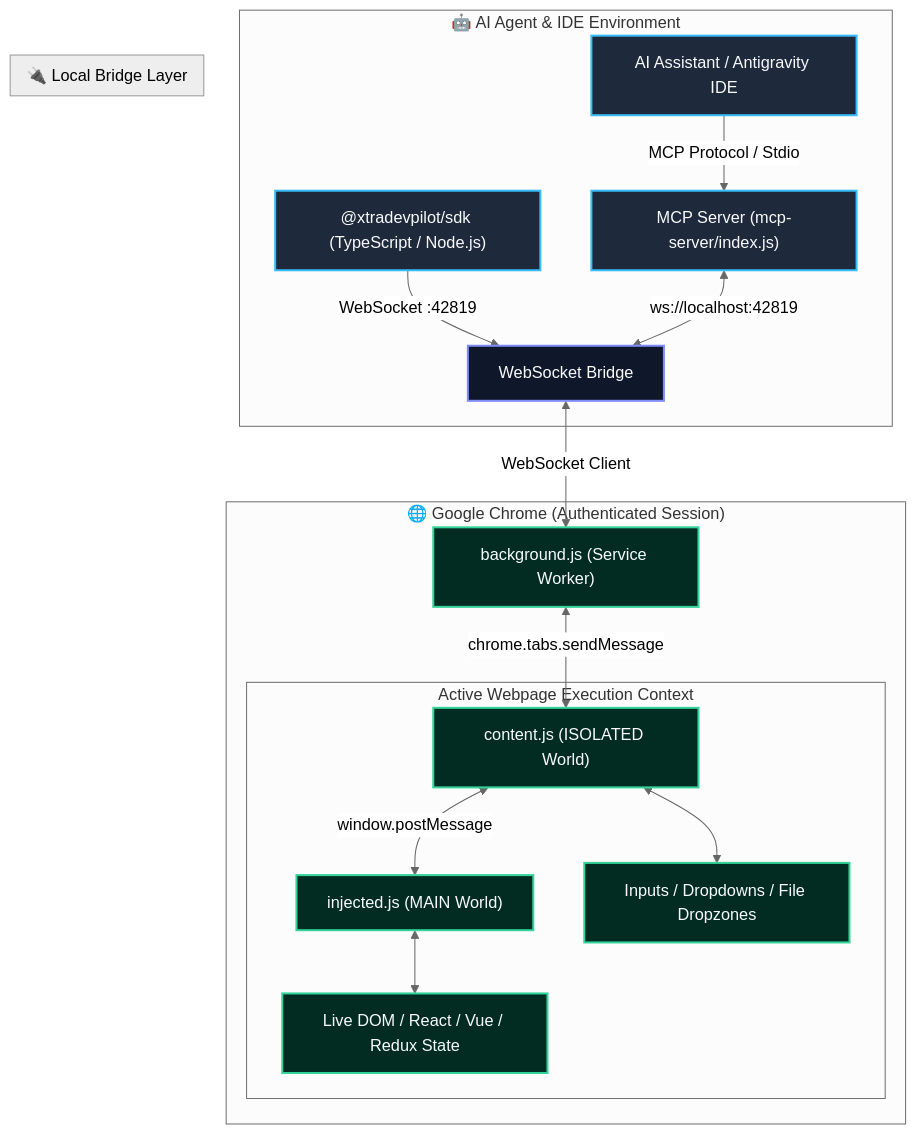
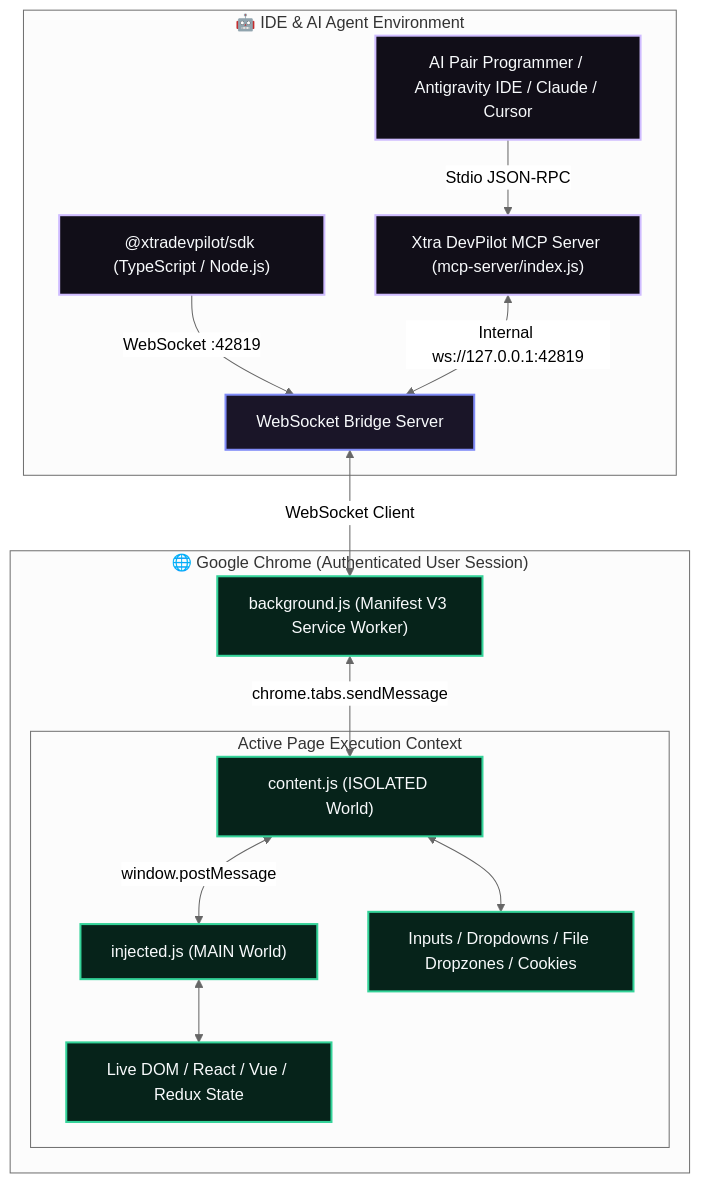
Before and after one commit to om0852/XtraDevPilot: the diagram in README.md, drawn with Mermaid (neutral theme). The commit also changed other lines of this file, not shown here.

````diff
--- a/README.md
+++ b/README.md
@@ -16,32 +36,30 @@
 ```mermaid
 flowchart TD
-    subgraph IDE_Agent["🤖 AI Agent & IDE Environment"]
-        Agent["AI Assistant / Antigravity IDE"]
+    subgraph IDE_Layer["🤖 IDE & AI Agent Environment"]
+        Agent["AI Pair Programmer / Antigravity IDE / Claude / Cursor"]
         SDK["@xtradevpilot/sdk (TypeScript / Node.js)"]
-        Agent -->|MCP Protocol / Stdio| MCPServer["MCP Server (mcp-server/index.js)"]
-        SDK -->|WebSocket :42819| BridgeWS["WebSocket Bridge"]
+        MCPServer["Xtra DevPilot MCP Server (mcp-server/index.js)"]
+        Agent -->|Stdio JSON-RPC| MCPServer
+        SDK -->|WebSocket :42819| BridgeWS["WebSocket Bridge Server"]
+        MCPServer <-->|Internal ws://127.0.0.1:42819| BridgeWS
     end
 
-    subgraph Bridge_Layer["🔌 Local Bridge Layer"]
-        MCPServer <-->|ws://localhost:42819| BridgeWS
-    end
-
-    subgraph Chrome_Browser["🌐 Google Chrome (Authenticated Session)"]
-        BridgeWS <-->|WebSocket Client| BG["background.js (Service Worker)"]
+    subgraph Chrome_Browser["🌐 Google Chrome (Authenticated User Session)"]
+        BridgeWS <-->|WebSocket Client| BG["background.js (Manifest V3 Service Worker)"]
         BG <-->|chrome.tabs.sendMessage| CS["content.js (ISOLATED World)"]
         CS <-->|window.postMessage| INJ["injected.js (MAIN World)"]
         
-        subgraph DOM_Context["Active Webpage Execution Context"]
+        subgraph DOM_Context["Active Page Execution Context"]
             INJ <--> WebApp["Live DOM / React / Vue / Redux State"]
-            CS <--> FormFields["Inputs / Dropdowns / File Dropzones"]
+            CS <--> FormFields["Inputs / Dropdowns / File Dropzones / Cookies"]
         end
     end
 
-    classDef ide fill:#1e293b,stroke:#38bdf8,stroke-width:2px,color:#f8fafc;
-    classDef bridge fill:#0f172a,stroke:#818cf8,stroke-width:2px,color:#f8fafc;
-    classDef chrome fill:#022c22,stroke:#34d399,stroke-width:2px,color:#f8fafc;
+    classDef ide fill:#110e18,stroke:#cfbcff,stroke-width:2px,color:#f8fafc;
+    classDef bridge fill:#1a1528,stroke:#818cf8,stroke-width:2px,color:#f8fafc;
+    classDef chrome fill:#06231a,stroke:#34d399,stroke-width:2px,color:#f8fafc;
     
     class Agent,SDK,MCPServer ide;
     class BridgeWS bridge;
     class BG,CS,INJ,WebApp,FormFields chrome;
 ```
````
